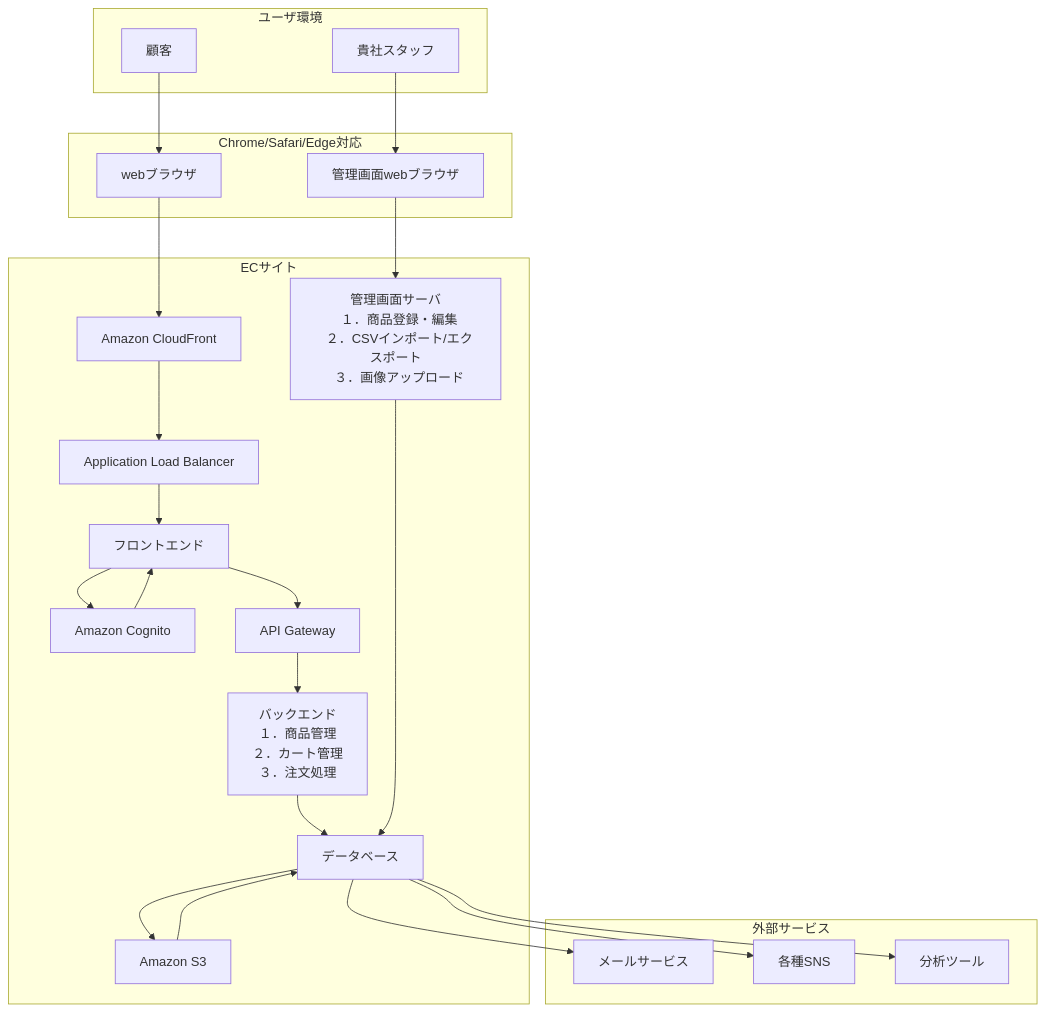
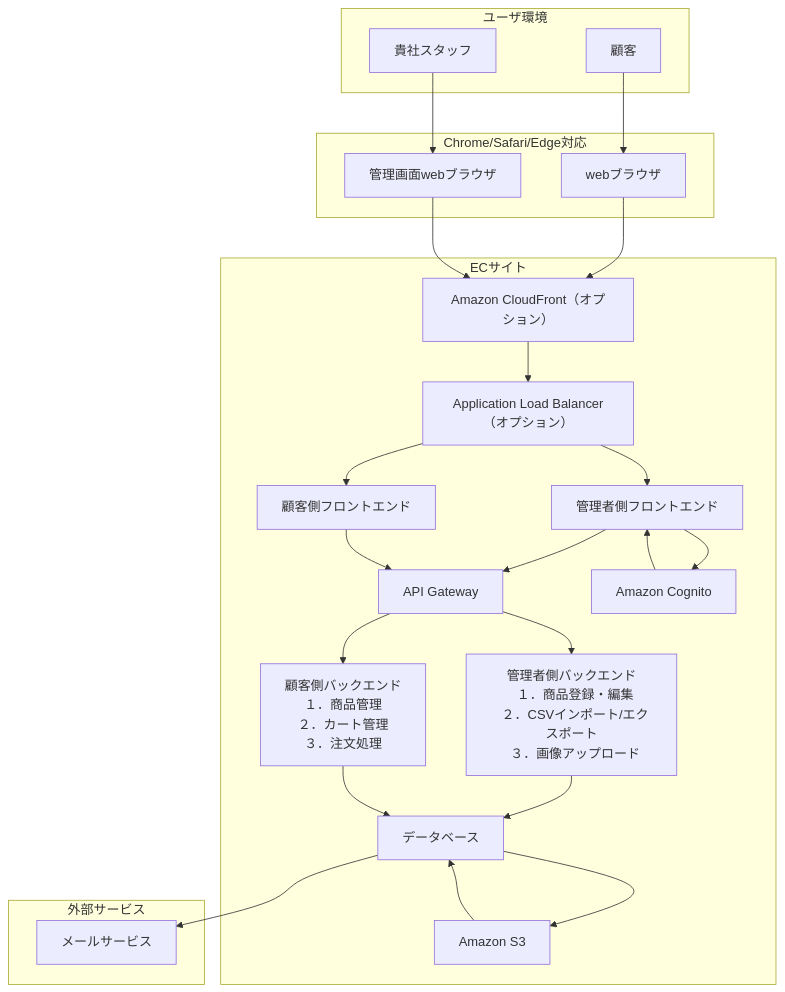
The first of 7 diagrams in 基本設計/提出用/基本設計書.md (Aoi-Yaegashi/teamF), drawn with Mermaid before and after one commit. The commit also changed other lines of this file, not shown here.

````diff
--- a/基本設計/提出用/基本設計書.md
+++ b/基本設計/提出用/基本設計書.md
@@ -109,55 +77,56 @@
 ```mermaid
 graph TD
 
 A --> C
 B --> D
 C --> E
+D --> E
 E --> F
 F --> G
-G --> H
-H --> G
+F --> M
+M --> I
+M --> H
+H --> M
 G --> I
 I --> J
+I --> O
+O --> K
 J --> K
 K --> L
 L --> K
 K --> N
-D --> M
-M --> K
-K --> O
-K --> P
+
 
 subgraph ユーザ環境
   A[顧客]
   B[貴社スタッフ]
 end
 
 subgraph Chrome/Safari/Edge対応
   C[webブラウザ]
   D[管理画面webブラウザ]
 end
 
 subgraph ECサイト
-  E[Amazon CloudFront]
-  F[Application Load Balancer]
-  G[フロントエンド]
+  E[Amazon CloudFront（オプション）]
+  F[Application Load Balancer（オプション）]
+  G[顧客側フロントエンド]
   H[Amazon Cognito]
   I[API Gateway]
-  J[バックエンド
+  J[顧客側バックエンド
   １．商品管理
   ２．カート管理
   ３．注文処理]
   K[データベース]
   L[Amazon S3]
-  M[管理画面サーバ
+  M[管理者側フロントエンド]
+  O[管理者側バックエンド
   １．商品登録・編集
   ２．CSVインポート/エクスポート
   ３．画像アップロード]
 end
 
 subgraph 外部サービス
 N[メールサービス]
-O[各種SNS]
-P[分析ツール]
 end
 ```
````
